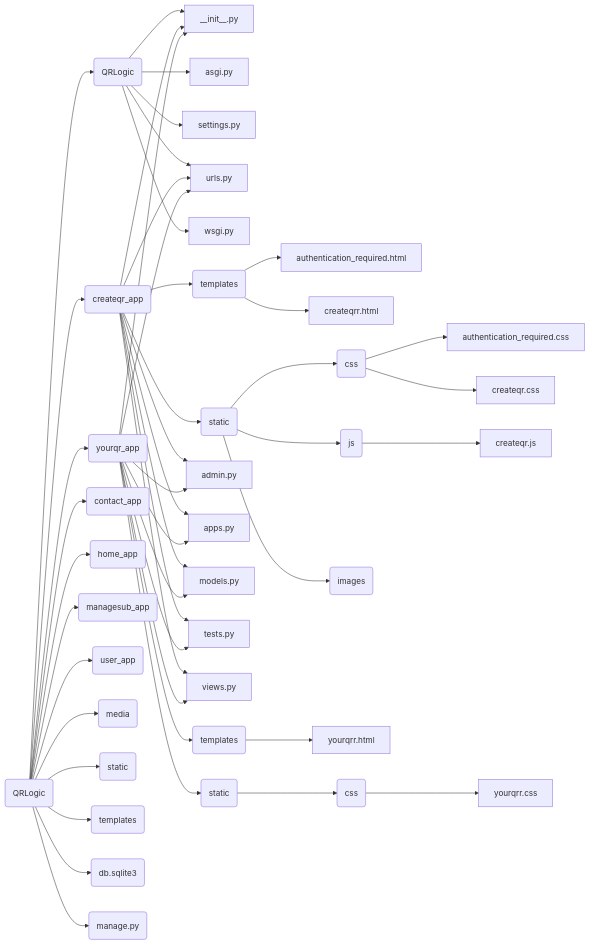
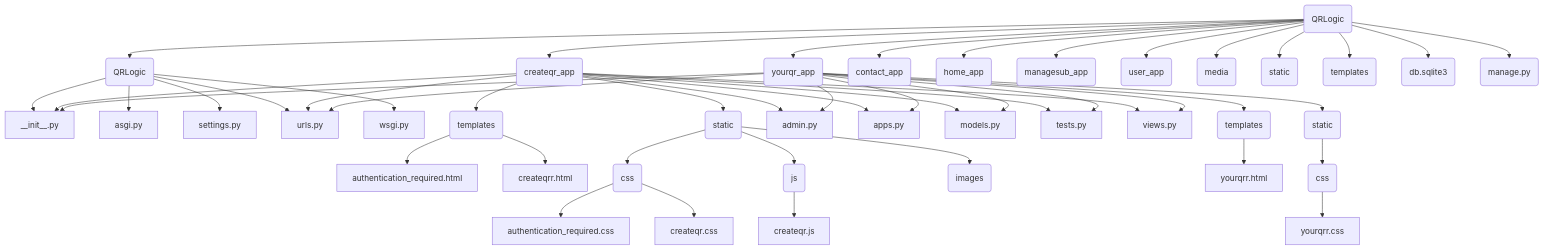
Before and after one commit to DmitriyPechenyuk0/QRLogic: the diagram in README.md, drawn with Mermaid.

````diff
--- a/README.md
+++ b/README.md
@@ -21,58 +21,58 @@
 ```mermaid
-flowchart LR
+flowchart TB
 
 A(QRLogic) --> Q(QRLogic)
 Q(QRLogic) --> __init__.py
 Q(QRLogic) --> asgi.py
 Q(QRLogic) --> settings.py
 Q(QRLogic) --> urls.py
 Q(QRLogic) --> wsgi.py
 
 A(QRLogic) --> C(createqr_app) 
 C(createqr_app) --> CS(static)
 C(createqr_app) --> CT(templates)
 C(createqr_app) --> __init__.py
 C(createqr_app) --> admin.py
 C(createqr_app) --> apps.py
 C(createqr_app) --> models.py
 C(createqr_app) --> tests.py
 C(createqr_app) --> urls.py
 C(createqr_app) --> views.py
 CT(templates) --> authentication_required.html
 CT(templates) --> createqrr.html
 CS(static)  --> CSS(css)
 CS(static)  --> CSJ(js)
 CS(static)  --> CSI(images)
 CSS(css) --> authentication_required.css
 CSS(css) --> createqr.css
 CSJ(js) --> createqr.js
 
 A(QRLogic) --> Y(yourqr_app)
 
 Y(yourqr_app) --> YS(static)
 Y(yourqr_app) --> YT(templates)
 Y(yourqr_app) --> __init__.py
 Y(yourqr_app) --> admin.py
 Y(yourqr_app) --> apps.py
 Y(yourqr_app) --> models.py
 Y(yourqr_app) --> tests.py
 Y(yourqr_app) --> urls.py
 Y(yourqr_app) --> views.py
 YT(templates) --> yourqrr.html
 YS(static)  --> YSS(css)
 YSS(css) --> yourqrr.css
 
 
 
 A(QRLogic) --> O(contact_app)
 A(QRLogic) --> H(home_app)
 A(QRLogic) --> M(managesub_app)
 A(QRLogic) --> U(user_app)
 A(QRLogic) --> E(media)
 A(QRLogic) --> S(static)
 A(QRLogic) --> T(templates)
 A(QRLogic) --> B(db.sqlite3)
 A(QRLogic) --> G(manage.py)
 
 
 ```
````
